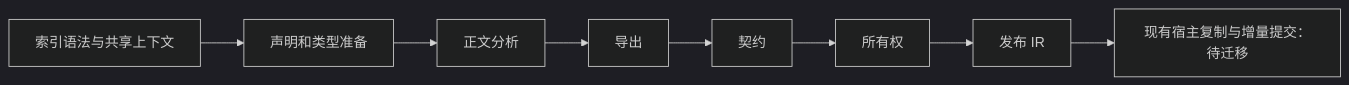
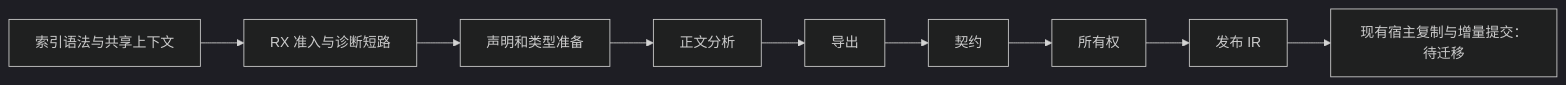
The second of 3 diagrams in docs/2026-10-11/完整自举接续/执行计划.md (MatrixAges/zxc), drawn with Mermaid (dark theme) before and after one commit. The commit also changed other lines of this file and 24 other files, not shown here.

````diff
--- a/docs/2026-10-11/完整自举接续/执行计划.md
+++ b/docs/2026-10-11/完整自举接续/执行计划.md
@@ -36,10 +37,11 @@
 ```mermaid
 flowchart LR
-    Syntax[索引语法与共享上下文] --> Prepare[声明和类型准备]
+    Syntax[索引语法与共享上下文] --> Admission[RX 准入与诊断短路]
+    Admission --> Prepare[声明和类型准备]
     Prepare --> Body[正文分析]
     Body --> Exports[导出]
     Exports --> Contracts[契约]
     Contracts --> Ownership[所有权]
     Ownership --> Publish[发布 IR]
     Publish --> Pending[现有宿主复制与增量提交：待迁移]
 ```
````
